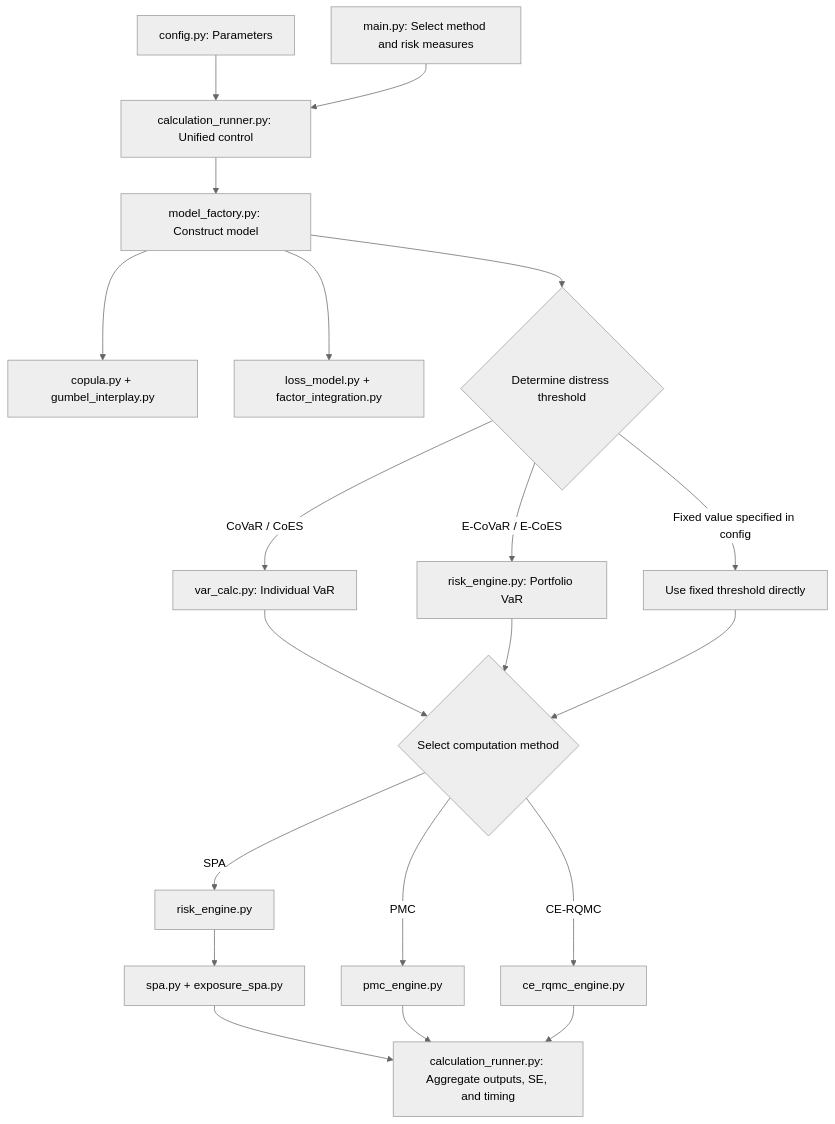
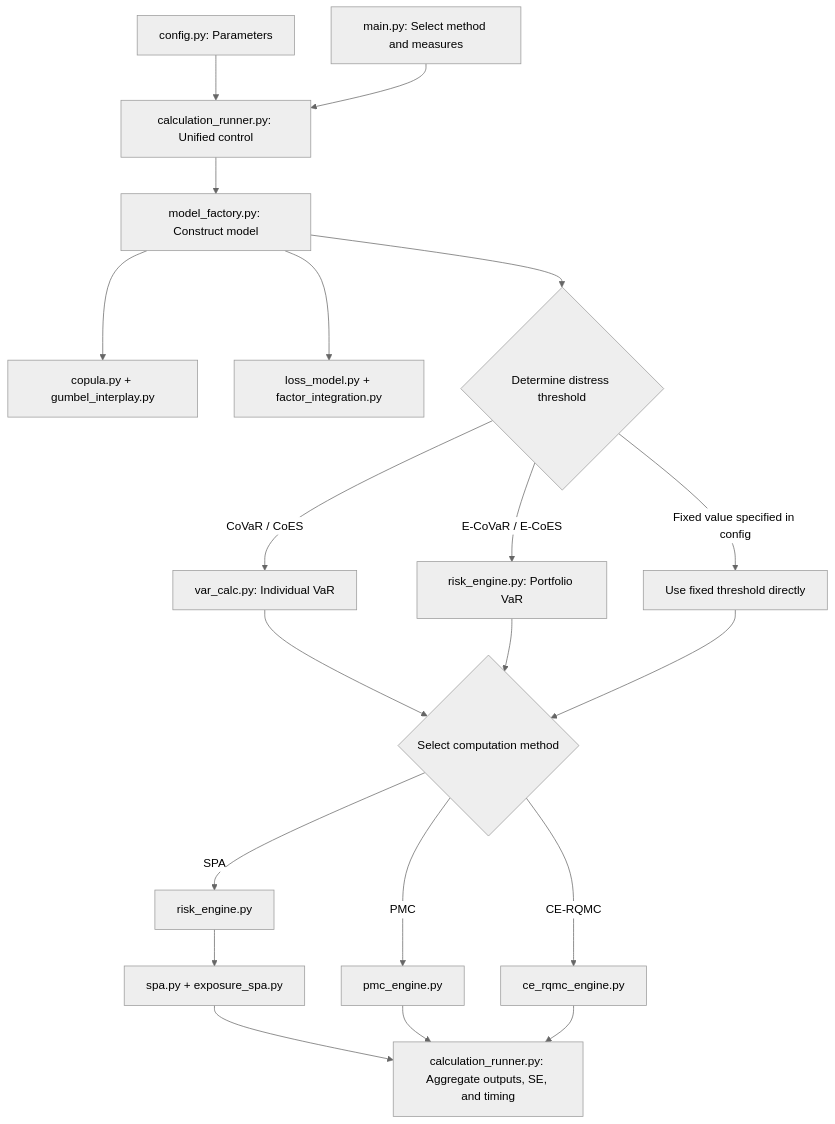
Before and after one commit to jaydenzawang/CoVaR: the diagram in README.md, drawn with Mermaid (neutral theme). The commit also changed other lines of this file, not shown here.

````diff
--- a/README.md
+++ b/README.md
@@ -41,22 +65,22 @@
 ```mermaid
 flowchart TD
     A[config.py: Parameters] --> C[calculation_runner.py: Unified control]
-    B[main.py: Select method and risk measures] --> C
+    B[main.py: Select method and measures] --> C
     C --> D[model_factory.py: Construct model]
     D --> E[copula.py + gumbel_interplay.py]
     D --> F[loss_model.py + factor_integration.py]
     D --> T{Determine distress threshold}
     T -->|CoVaR / CoES| V[var_calc.py: Individual VaR]
     T -->|E-CoVaR / E-CoES| L[risk_engine.py: Portfolio VaR]
     T -->|Fixed value specified in config| X[Use fixed threshold directly]
     V --> M{Select computation method}
     L --> M
     X --> M
     M -->|SPA| S[risk_engine.py]
     S --> SS[spa.py + exposure_spa.py]
     M -->|PMC| P[pmc_engine.py]
     M -->|CE-RQMC| Q[ce_rqmc_engine.py]
     SS --> O[calculation_runner.py: Aggregate outputs, SE, and timing]
     P --> O
     Q --> O
 ```
````
